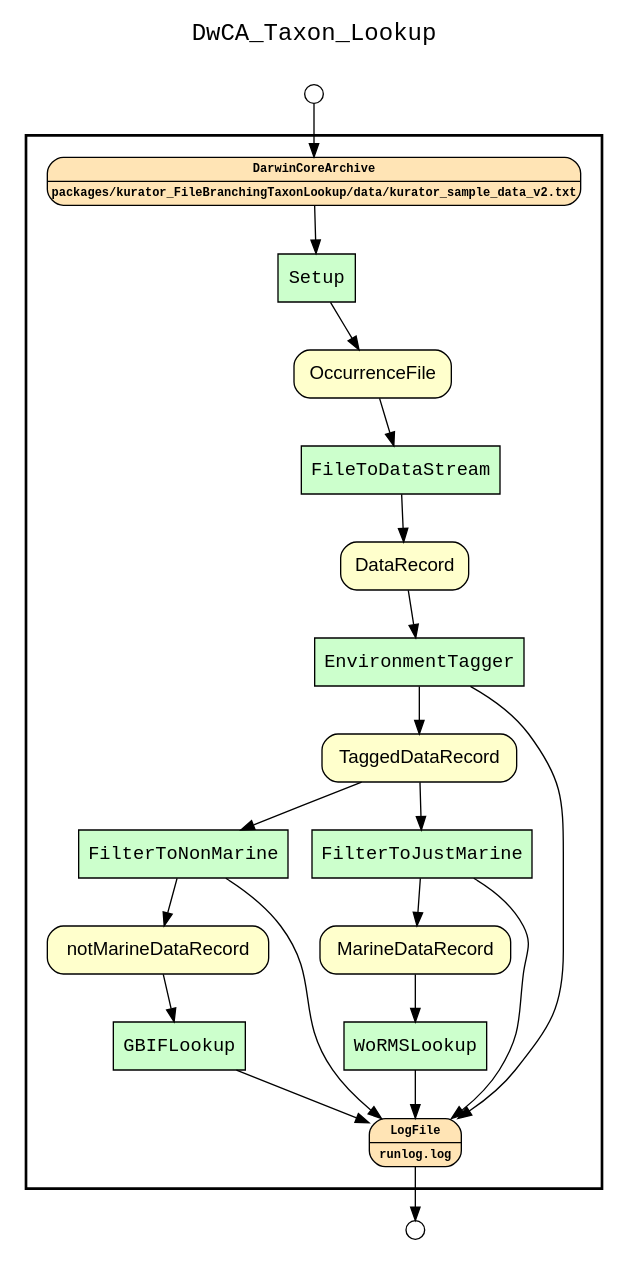
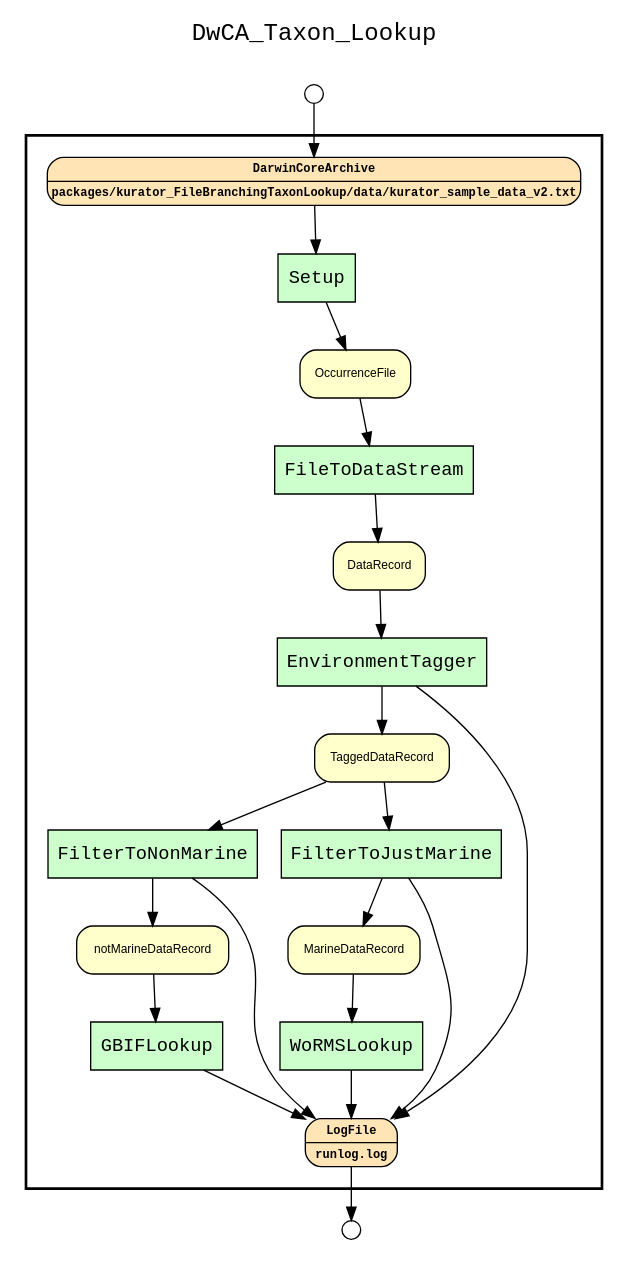
One commit to kurator-org/kurator-TDWG17-YW changed the diagram in kurator_FileBranchingTaxonLookup/workflows/results/wf_recon_upstream_of_LogFile.gv. Above: the diagram before and after it, drawn with Graphviz. The commit also changed other lines of this file and 58 other files, not shown here.

```diff
--- a/kurator_FileBranchingTaxonLookup/workflows/results/wf_recon_upstream_of_LogFile.gv
+++ b/kurator_FileBranchingTaxonLookup/workflows/results/wf_recon_upstream_of_LogFile.gv
@@ -1,58 +1,58 @@
 
 digraph yw_data_view {
 rankdir=TB
 fontname=Courier; fontsize=18; labelloc=t
 label="DwCA_Taxon_Lookup"
 subgraph cluster_workflow { label=""; color=black; penwidth=2
 subgraph cluster_workflow_inner { label=""; color=white
 node[shape=box style="filled" fillcolor="#CCFFCC" peripheries=1 fontname=Courier]
 FileToDataStream
 Setup
 GBIFLookup
 WoRMSLookup
 FilterToNonMarine
 FilterToJustMarine
 EnvironmentTagger
 node[shape=box style="filled" fillcolor="#CCFFCC" peripheries=1 fontname=Courier]
+node[shape=box style="rounded,filled" fillcolor="#FFE4B5" peripheries=1 fontname="Courier-Bold" fontsize=9]
+DarwinCoreArchive[shape=record rankdir=LR label="{<f0> DarwinCoreArchive |<f1>packages/kurator_FileBranchingTaxonLookup/data/kurator_sample_data_v2.txt\n}"]
 node[shape=box style="rounded,filled" fillcolor="#FFFFCC" peripheries=1 fontname=Helvetica]
 OccurrenceFile
 DataRecord
 TaggedDataRecord
 MarineDataRecord
 notMarineDataRecord
-node[shape=box style="rounded,filled" fillcolor="#FFE4B5" peripheries=1 fontname="Courier-Bold" fontsize=9]
-DarwinCoreArchive[shape=record rankdir=LR label="{<f0> DarwinCoreArchive |<f1>packages/kurator_FileBranchingTaxonLookup/data/kurator_sample_data_v2.txt\n}"]
 node[shape=box style="rounded,filled" fillcolor="#FFE4B5" peripheries=1 fontname="Courier-Bold" fontsize=9]
 LogFile[shape=record rankdir=LR label="{<f0> LogFile |<f1>runlog.log\n}"]
 node[shape=box style="rounded,filled" fillcolor="#FFFFFF" peripheries=1 fontname=Helvetica]
 }}
 subgraph cluster_inflows { label=""; color=white; penwidth=2
 subgraph cluster_inflows_inner { label=""; color=white
 node[shape=circle fillcolor="#FFFFFF" peripheries=1 width=0.2]
 DarwinCoreArchive_inflow [label=""]
 }}
 subgraph cluster_outflows { label=""; color=white; penwidth=2
 subgraph cluster_outflows_inner { label=""; color=white
 node[shape=circle fillcolor="#FFFFFF" peripheries=1 width=0.2]
 LogFile_outflow [label=""]
 }}
 notMarineDataRecord -> GBIFLookup
 MarineDataRecord -> WoRMSLookup
 TaggedDataRecord -> FilterToNonMarine
 TaggedDataRecord -> FilterToJustMarine
 DataRecord -> EnvironmentTagger
 OccurrenceFile -> FileToDataStream
 DarwinCoreArchive -> Setup
 Setup -> OccurrenceFile
 FileToDataStream -> DataRecord
 EnvironmentTagger -> LogFile
 EnvironmentTagger -> TaggedDataRecord
 FilterToJustMarine -> LogFile
 FilterToJustMarine -> MarineDataRecord
 FilterToNonMarine -> LogFile
 FilterToNonMarine -> notMarineDataRecord
 WoRMSLookup -> LogFile
 GBIFLookup -> LogFile
 DarwinCoreArchive_inflow -> DarwinCoreArchive
 LogFile -> LogFile_outflow
 }
```
